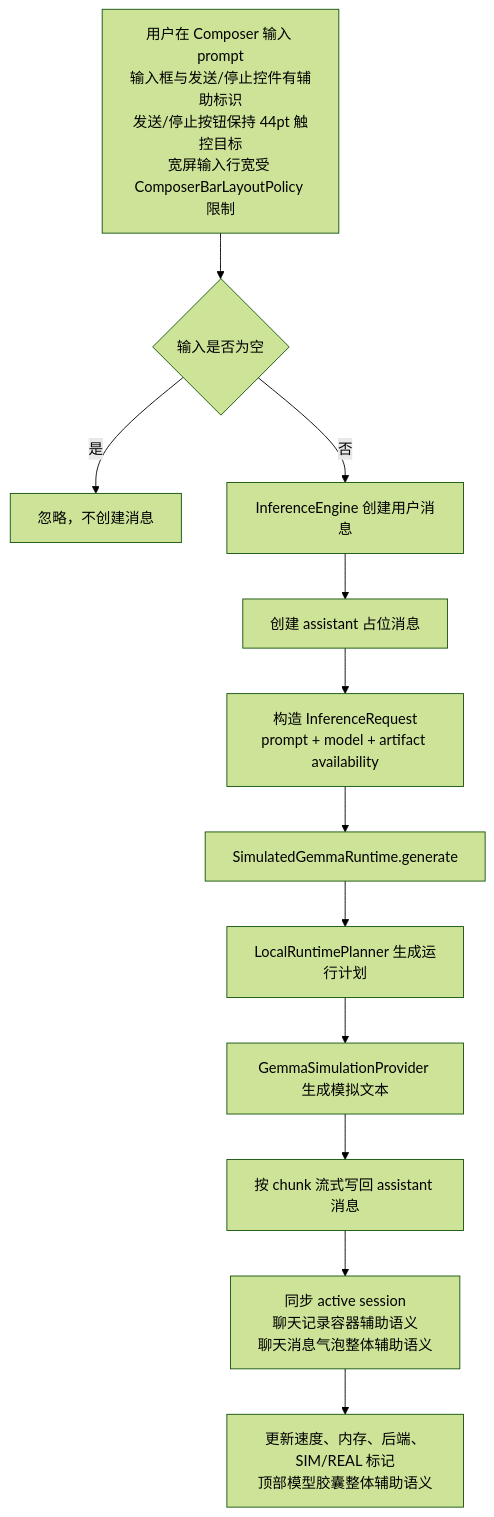
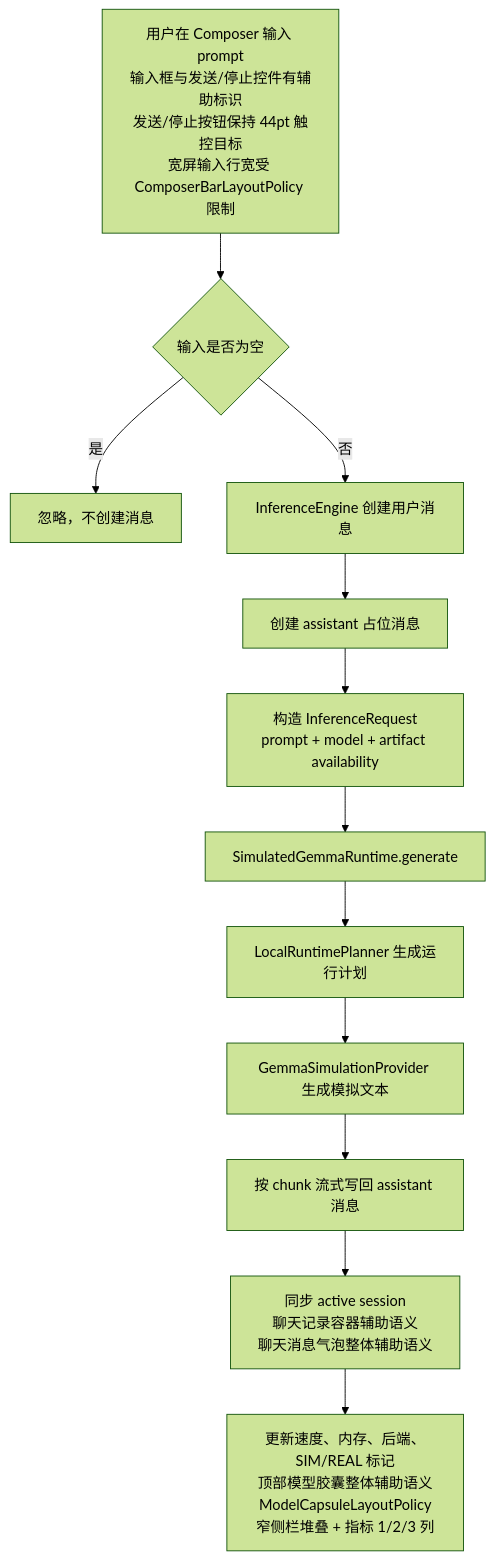
The fourth of 10 diagrams in md/flow/flowchart.md (Altman-sam114/113), drawn with Mermaid (forest theme) before and after one commit. The commit also changed other lines of this file and 8 other files, not shown here.

````diff
--- a/md/flow/flowchart.md
+++ b/md/flow/flowchart.md
@@ -75,14 +75,14 @@
 ```mermaid
 flowchart TD
     A[用户在 Composer 输入 prompt<br/>输入框与发送/停止控件有辅助标识<br/>发送/停止按钮保持 44pt 触控目标<br/>宽屏输入行宽受 ComposerBarLayoutPolicy 限制] --> B{输入是否为空}
     B -- 是 --> C[忽略，不创建消息]
     B -- 否 --> D[InferenceEngine 创建用户消息]
     D --> E[创建 assistant 占位消息]
     E --> F[构造 InferenceRequest<br/>prompt + model + artifact availability]
     F --> G[SimulatedGemmaRuntime.generate]
     G --> H[LocalRuntimePlanner 生成运行计划]
     H --> I[GemmaSimulationProvider 生成模拟文本]
     I --> J[按 chunk 流式写回 assistant 消息]
     J --> K[同步 active session<br/>聊天记录容器辅助语义<br/>聊天消息气泡整体辅助语义]
-    K --> L[更新速度、内存、后端、SIM/REAL 标记<br/>顶部模型胶囊整体辅助语义]
+    K --> L[更新速度、内存、后端、SIM/REAL 标记<br/>顶部模型胶囊整体辅助语义<br/>ModelCapsuleLayoutPolicy<br/>窄侧栏堆叠 + 指标 1/2/3 列]
 ```
````
